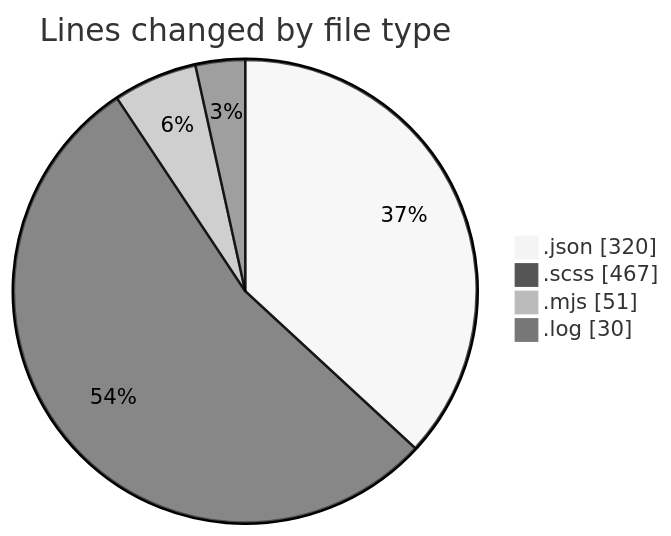
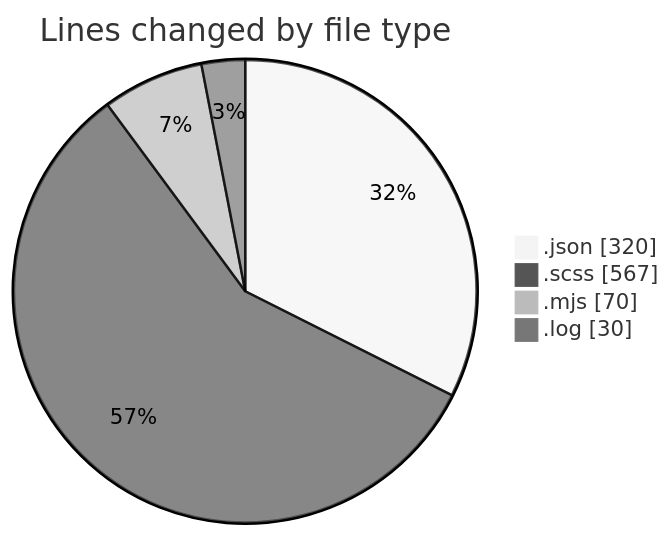
Before and after one commit to momahboobian/code-tracking: the first of 2 diagrams in 2026-08-12/cda/README.md, drawn with Mermaid (neutral theme). The commit also changed other lines of this file and 1 other file, not shown here.

````diff
--- a/2026-08-12/cda/README.md
+++ b/2026-08-12/cda/README.md
@@ -27,8 +28,8 @@
 ```mermaid
 pie showData
 title Lines changed by file type
 ".json" : 320
-".scss" : 467
-".mjs" : 51
+".scss" : 567
+".mjs" : 70
 ".log" : 30
 ```
````
